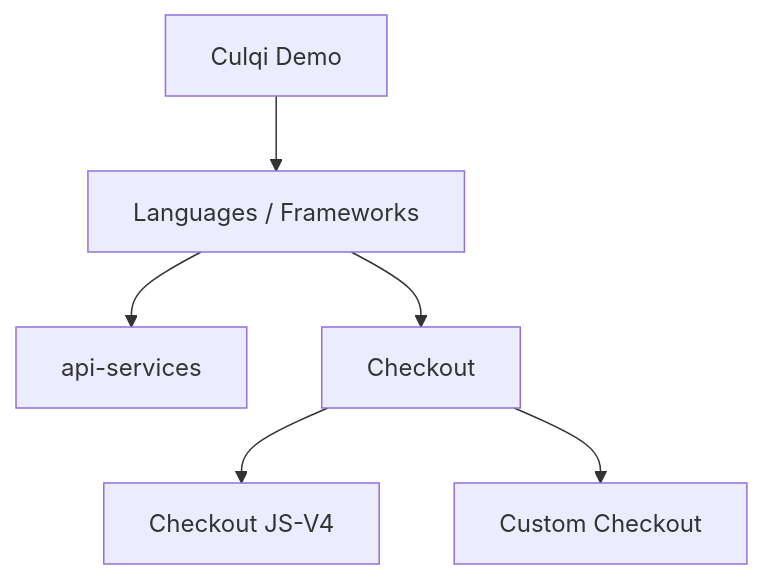
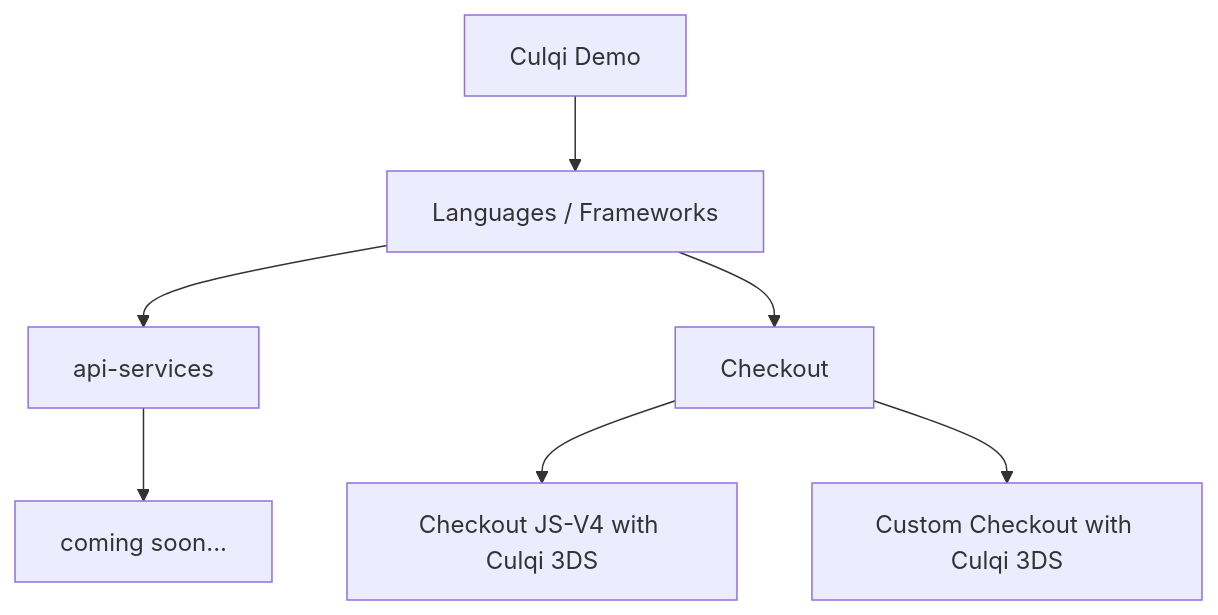
The diagram in README.md (culqi/culqi-demos), drawn with Mermaid before and after one commit. The commit also changed other lines of this file, not shown here.

````diff
--- a/README.md
+++ b/README.md
@@ -10,23 +10,25 @@
 ```mermaid
 flowchart TD
 
   api[api-services]
   checkout[Checkout]
-  js-v4[Checkout JS-V4]
-  custom[Custom Checkout]
+  js-v4[Checkout JS-V4 with Culqi 3DS]
+  custom[Custom Checkout with Culqi 3DS]
+  soon[coming soon...]
   %% charge[Cargos]
   %% order[Ordenes]
   %% customer[Clientes]
 
   Frameworks[Languages / Frameworks]
     Frameworks --> api
     Frameworks --> checkout
     checkout --> js-v4
     checkout --> custom
+    api --> soon
     %% api --> charge
     %% api --> order
     %% api --> customer
 
   start[Culqi Demo]
   start --> Frameworks
 ```
````
